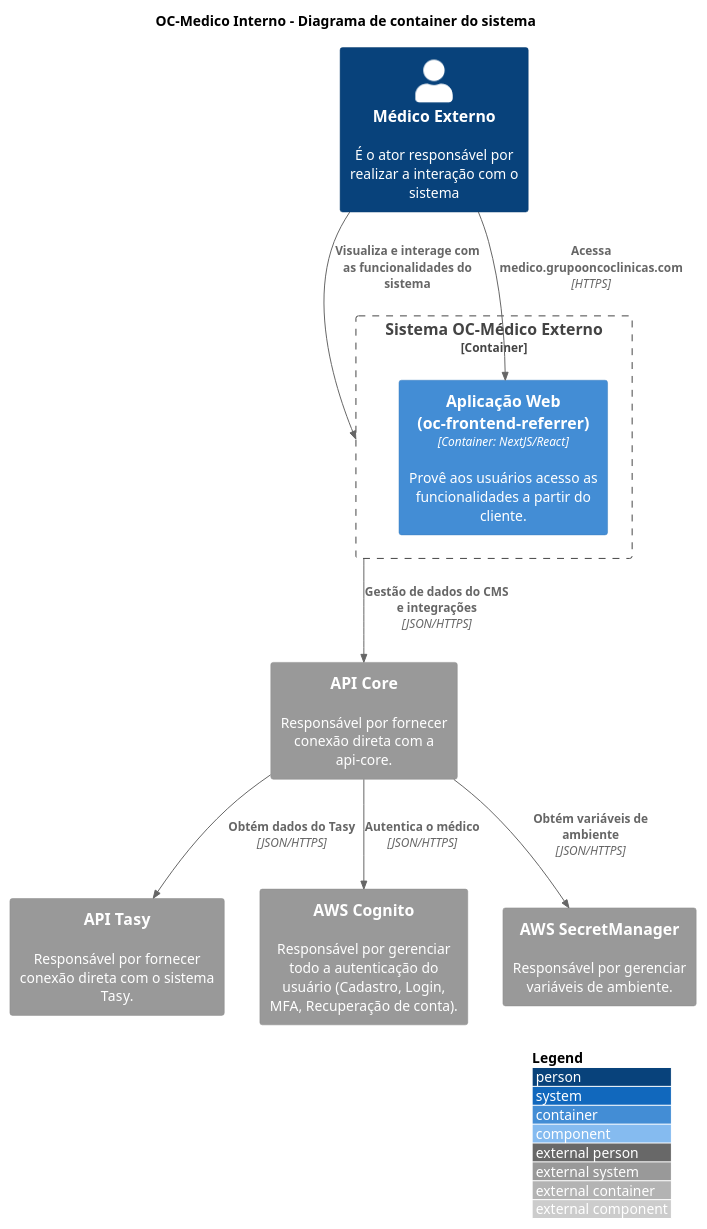
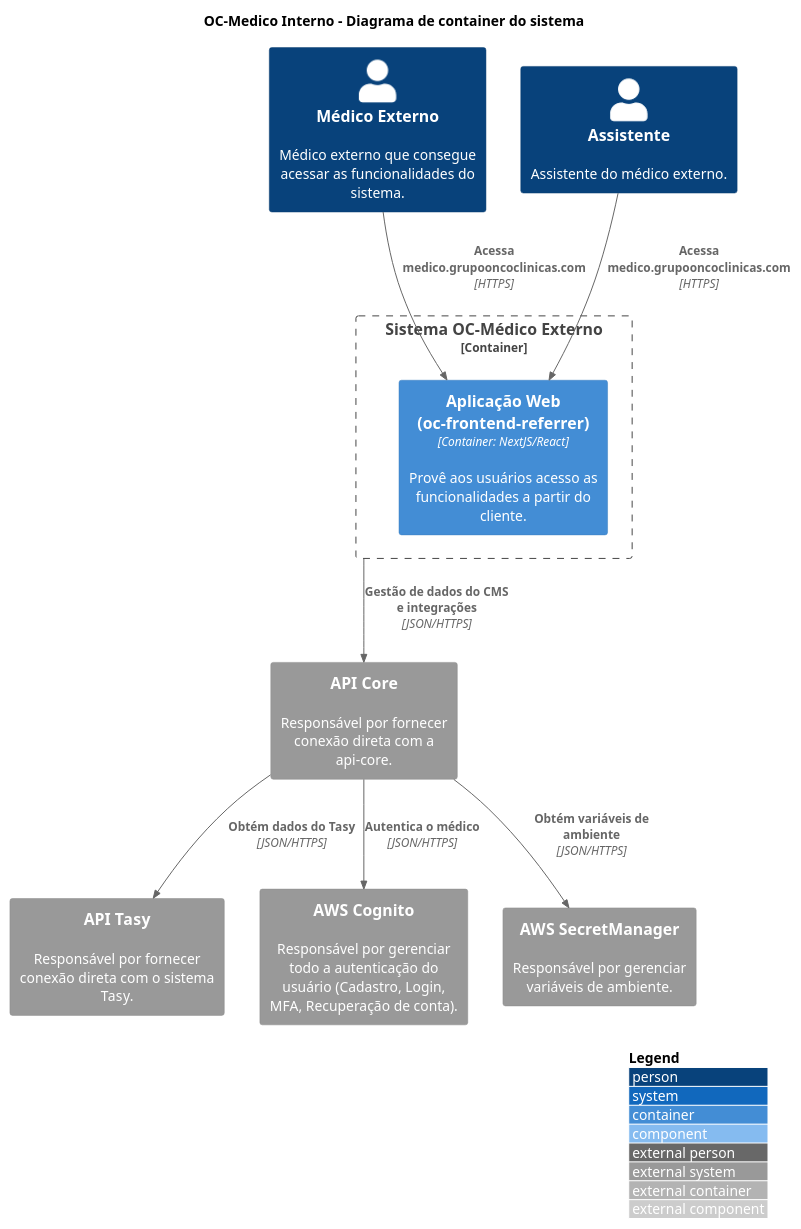
Before and after one commit to luizggbasedigital/poc-oc-docs: the diagram in src/OC-Medico Externo/C1. Visão Geral/C2. Sistema/containers.puml, drawn with PlantUML. The commit also changed 4 other files, not shown here.

Commit message:
docs: add companion and assistant in external physician and patient diagrams

```diff
--- a/src/OC-Medico Externo/C1. Visão Geral/C2. Sistema/containers.puml
+++ b/src/OC-Medico Externo/C1. Visão Geral/C2. Sistema/containers.puml
@@ -1,41 +1,40 @@
 @startuml "Container Diagram"
 
 title "OC-Medico Interno - Diagrama de container do sistema"
 
 !include https://raw.githubusercontent.com/adrianvlupu/C4-PlantUML/latest/C4_Component.puml
 
 LAYOUT_WITH_LEGEND()
 
 skinparam backgroundcolor transparent
 
 /'Actors'/
-Person(ActorReferrerPhysician, "Médico Externo", "É o ator responsável por realizar a interação com o sistema")
+Person(ActorReferrerPhysician, "Médico Externo", "Médico externo que consegue acessar as funcionalidades do sistema.")
+Person(ActorReferrerAssistant, "Assistente", "Assistente do médico externo.")
 
 /'Internal Systems'/
 Container_Boundary(SystemOCExternaPhysician, "Sistema OC-Médico Externo") {
   Container(ContainerWebApp, "Aplicação Web (oc-frontend-referrer)", "Container: NextJS/React", "Provê aos usuários acesso as funcionalidades a partir do cliente.")
 
   Rel(ActorReferrerPhysician, ContainerWebApp, "Acessa medico.grupooncoclinicas.com", "HTTPS")
-
+  Rel(ActorReferrerAssistant, ContainerWebApp, "Acessa medico.grupooncoclinicas.com", "HTTPS")
 }
 
 /'External Systems'/
 System_Ext(SystemTasyApi, "API Tasy", "Responsável por fornecer conexão direta com o sistema Tasy.")
 
 /'API-Core Systems'/
 System_Ext(SystemApiCore, "API Core", "Responsável por fornecer conexão direta com a api-core.")
 
 /'AWS Systems'/
 System_Ext(SystemAWSCognito, "AWS Cognito", "Responsável por gerenciar todo a autenticação do usuário (Cadastro, Login, MFA, Recuperação de conta).")
 System_Ext(SystemAWSSecretManager, "AWS SecretManager", "Responsável por gerenciar variáveis de ambiente.")
 
-/'Relations'/
-Rel(ActorReferrerPhysician, SystemOCExternaPhysician, "Visualiza e interage com as funcionalidades do sistema")
 
 /'API-Core Integrations'/
 Rel(SystemOCExternaPhysician, SystemApiCore, "Gestão de dados do CMS e integrações", "JSON/HTTPS")
 Rel(SystemApiCore, SystemTasyApi, "Obtém dados do Tasy", "JSON/HTTPS")
 Rel(SystemApiCore, SystemAWSCognito, "Autentica o médico", "JSON/HTTPS")
 Rel(SystemApiCore, SystemAWSSecretManager, "Obtém variáveis de ambiente", "JSON/HTTPS")
 
 @enduml
```
